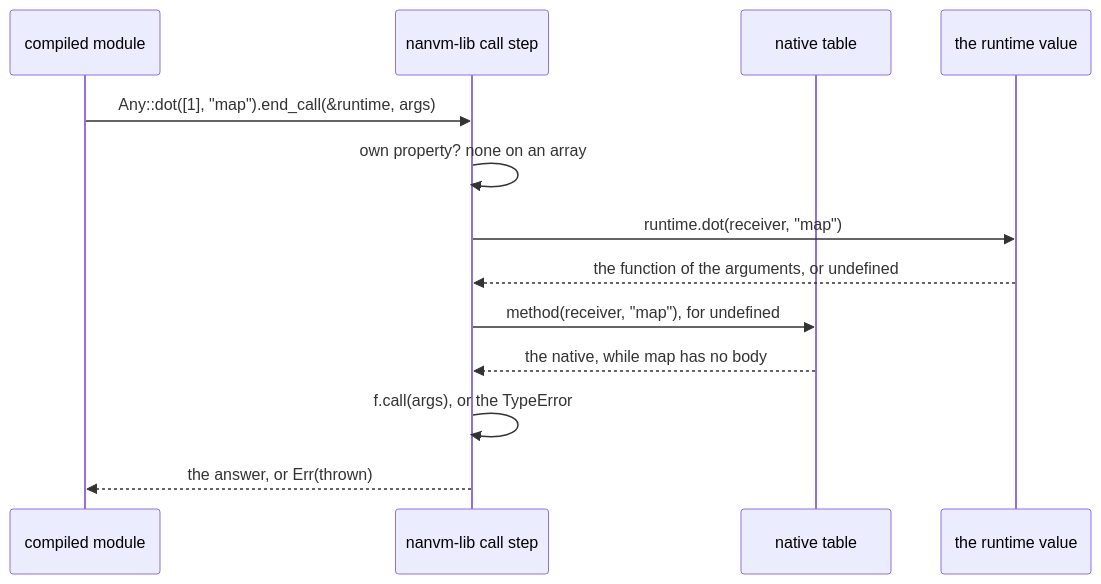
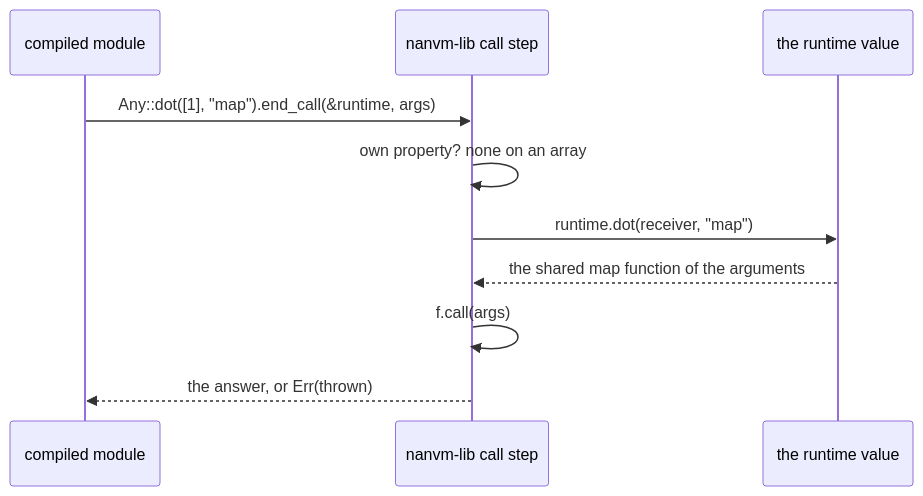
The second of 2 diagrams in fjs/js/runtime/README.md (functionalscript/functionalscript), drawn with Mermaid before and after one commit. The commit also changed other lines of this file and 24 other files, not shown here.

````diff
--- a/fjs/js/runtime/README.md
+++ b/fjs/js/runtime/README.md
@@ -184,15 +184,12 @@
 ```mermaid
 sequenceDiagram
     participant M as compiled module
     participant L as nanvm-lib call step
-    participant T as native table
     participant R as the runtime value
     M->>L: Any::dot([1], "map").end_call(&runtime, args)
     L->>L: own property? none on an array
     L->>R: runtime.dot(receiver, "map")
-    R-->>L: the function of the arguments, or undefined
-    L->>T: method(receiver, "map"), for undefined
-    T-->>L: the native, while map has no body
-    L->>L: f.call(args), or the TypeError
+    R-->>L: the shared map function of the arguments
+    L->>L: f.call(args)
     L-->>M: the answer, or Err(thrown)
 ```
````
